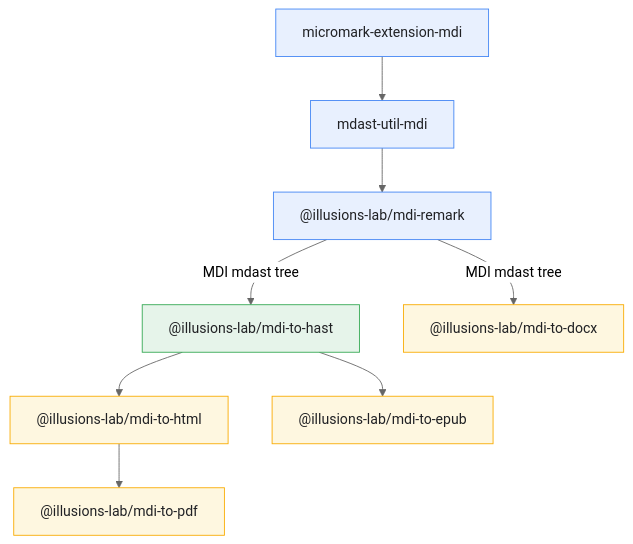
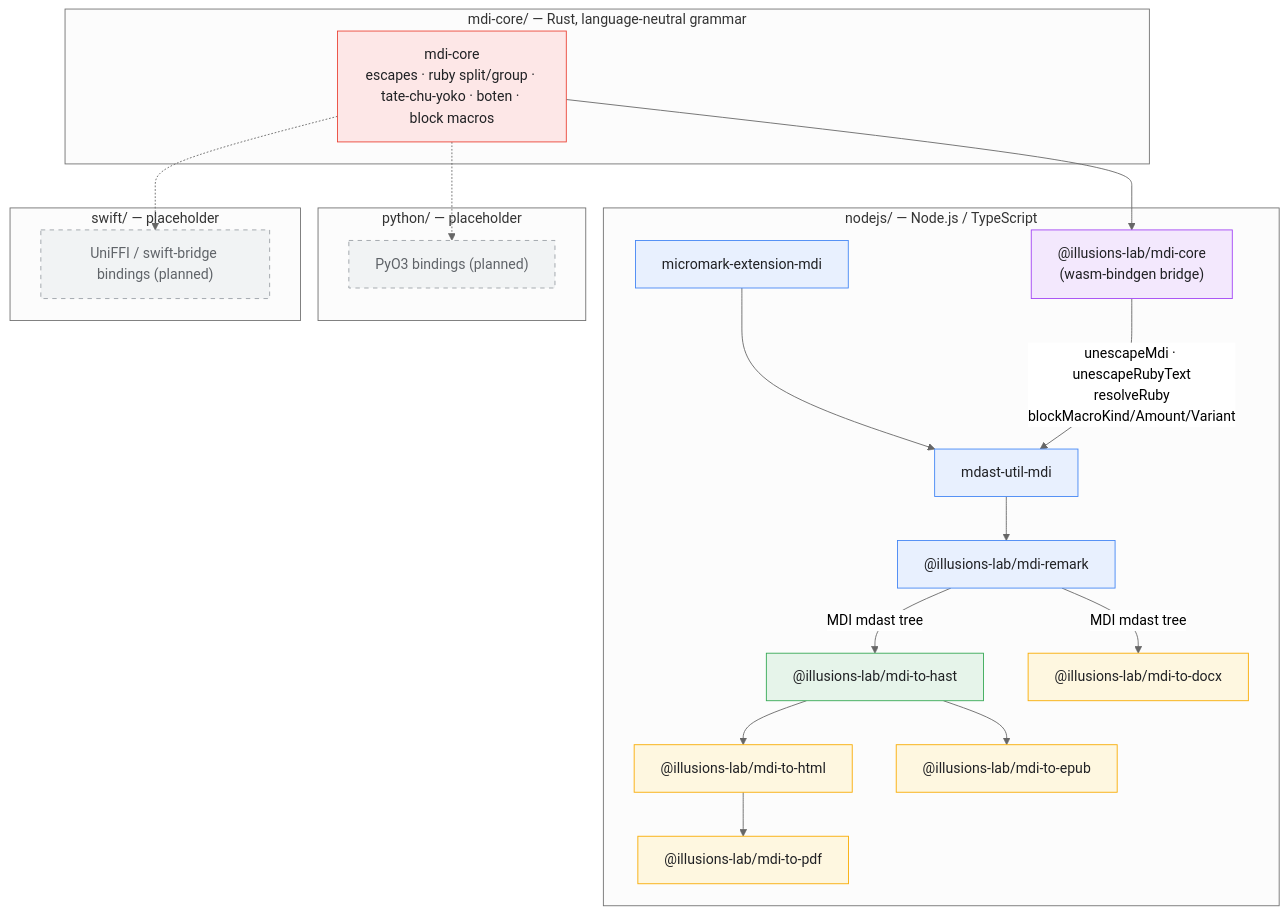
One commit to illusions-lab/mdi-js changed the diagram in README.md. Above: the diagram before and after it, drawn with Mermaid (neutral theme). The commit also changed other lines of this file, not shown here.

Commit message:
Update architecture diagram to show mdi-core and the per-language layers
The mermaid diagram only showed the nodejs/ pipeline. Extends it with
mdi-core's own subgraph (the Rust grammar it implements), the wasm-bindgen
bridge package inside nodejs/ and which mdast-util-mdi functions now call
through it, and placeholder subgraphs for the not-yet-implemented python/
and swift/ bindings.

Also fixes two now-stale "not yet consumed by nodejs/" statements in the
repository layout table and the Development section - mdi-core has been
consumed via wasm since the previous two commits.

````diff
--- a/README.md
+++ b/README.md
@@ -55,18 +55,44 @@
 ```mermaid
 flowchart TD
-  micromark["micromark-extension-mdi"] --> mdastUtil["mdast-util-mdi"]
-  mdastUtil --> remark["@illusions-lab/mdi-remark"]
+  subgraph rustCore["mdi-core/ — Rust, language-neutral grammar"]
+    core["mdi-core<br/>escapes · ruby split/group · tate-chu-yoko · boten · block macros"]
+  end
 
-  remark -->|MDI mdast tree| hast["@illusions-lab/mdi-to-hast"]
-  hast --> html["@illusions-lab/mdi-to-html"]
-  html --> pdf["@illusions-lab/mdi-to-pdf"]
-  hast --> epub["@illusions-lab/mdi-to-epub"]
-  remark -->|MDI mdast tree| docx["@illusions-lab/mdi-to-docx"]
+  subgraph nodejsLayer["nodejs/ — Node.js / TypeScript"]
+    wasmBridge["@illusions-lab/mdi-core<br/>(wasm-bindgen bridge)"]
+    micromark["micromark-extension-mdi"] --> mdastUtil["mdast-util-mdi"]
+    wasmBridge -->|"unescapeMdi · unescapeRubyText<br/>resolveRuby<br/>blockMacroKind/Amount/Variant"| mdastUtil
+    mdastUtil --> remark["@illusions-lab/mdi-remark"]
 
+    remark -->|MDI mdast tree| hast["@illusions-lab/mdi-to-hast"]
+    hast --> html["@illusions-lab/mdi-to-html"]
+    html --> pdf["@illusions-lab/mdi-to-pdf"]
+    hast --> epub["@illusions-lab/mdi-to-epub"]
+    remark -->|MDI mdast tree| docx["@illusions-lab/mdi-to-docx"]
+  end
+
+  subgraph pythonLayer["python/ — placeholder"]
+    pyBindings["PyO3 bindings (planned)"]
+  end
+
+  subgraph swiftLayer["swift/ — placeholder"]
+    swiftBindings["UniFFI / swift-bridge bindings (planned)"]
+  end
+
+  core --> wasmBridge
+  core -.-> pyBindings
+  core -.-> swiftBindings
+
+  classDef rustcore fill:#fde7e7,stroke:#ea4335,color:#202124
+  classDef bridge fill:#f3e8fd,stroke:#a142f4,color:#202124
   classDef parser fill:#e8f0fe,stroke:#4285f4,color:#202124
   classDef transform fill:#e6f4ea,stroke:#34a853,color:#202124
   classDef converter fill:#fef7e0,stroke:#f9ab00,color:#202124
+  classDef placeholder fill:#f1f3f4,stroke:#9aa0a6,color:#5f6368,stroke-dasharray: 5 5
+  class core rustcore
+  class wasmBridge bridge
   class micromark,mdastUtil,remark parser
   class hast transform
   class html,pdf,epub,docx converter
+  class pyBindings,swiftBindings placeholder
 ```
````
